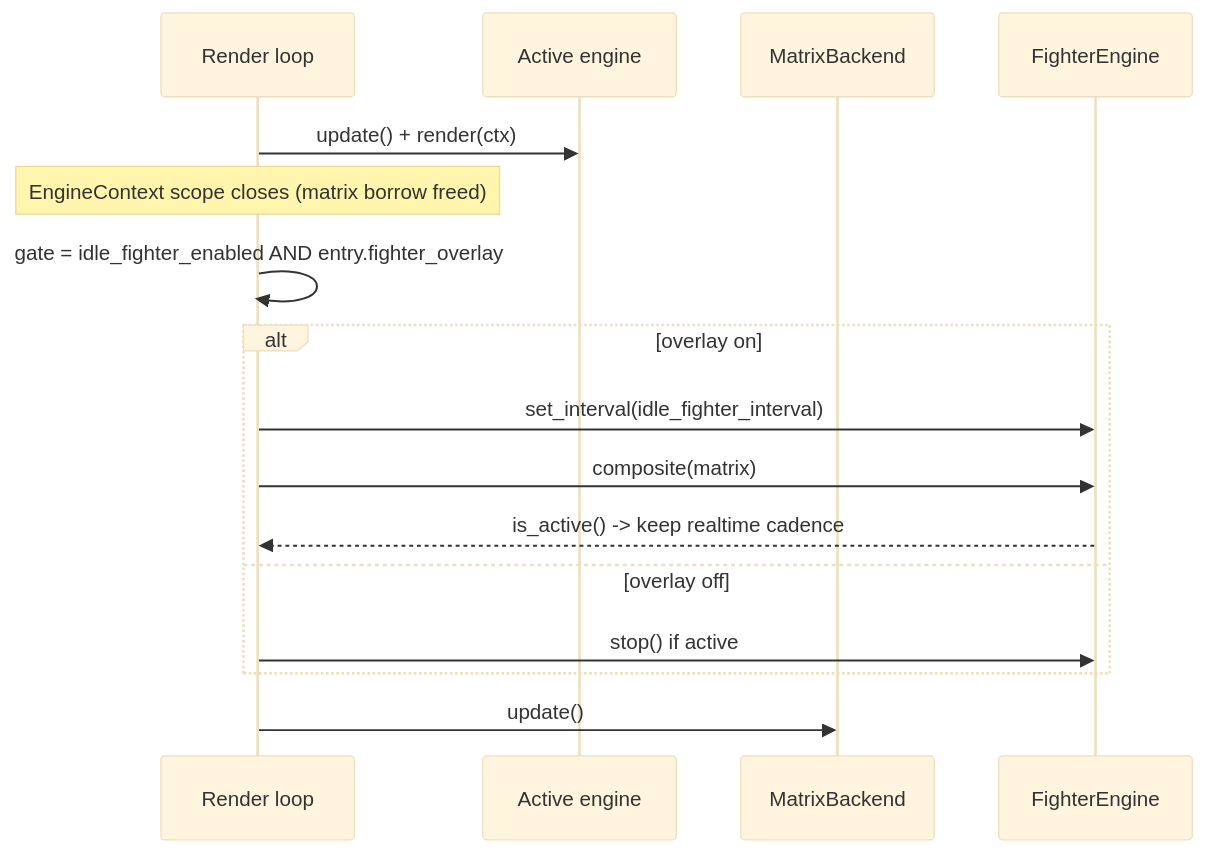
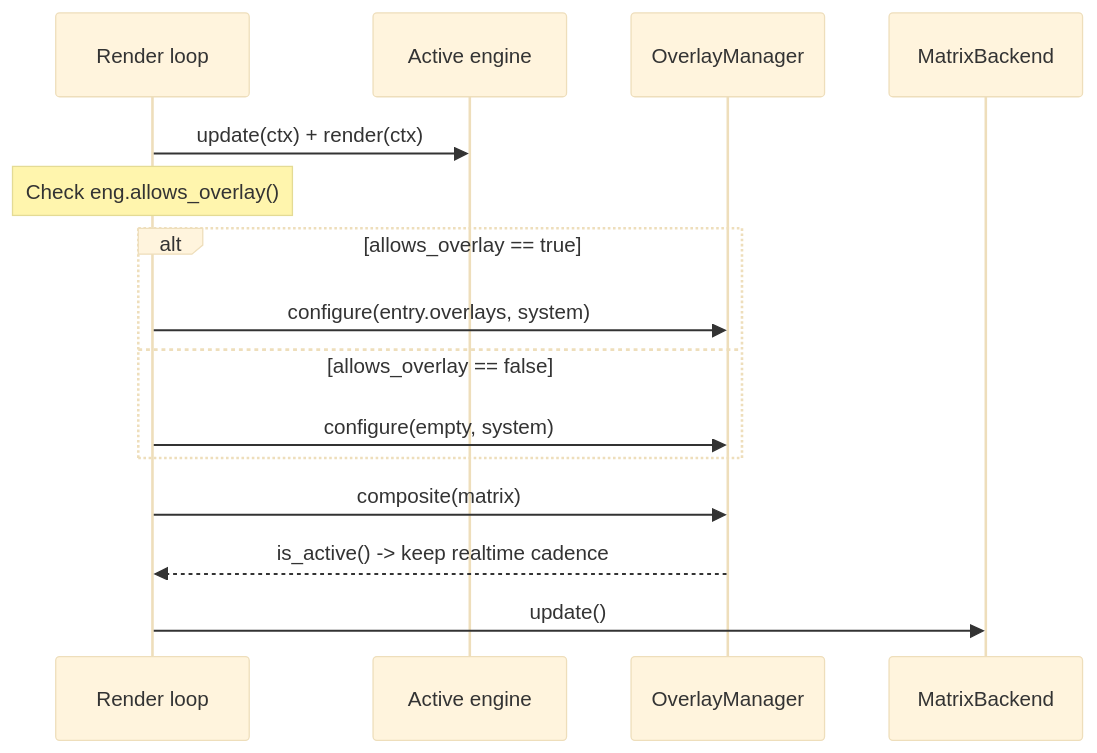
One commit to red77290/ArcadeMatrix_RPI changed diagram 13 of 14 in docs/ARCHITECTURE.md. Above: the diagram before and after it, drawn with Mermaid (base theme). The commit also changed other lines of this file and 15 other files, not shown here.

First line of the commit message:
feat(core): implement polymorphic engine interface and transverse overlay architecture

````diff
--- a/docs/ARCHITECTURE.md
+++ b/docs/ARCHITECTURE.md
@@ -556,19 +560,18 @@
 ```mermaid
 sequenceDiagram
     participant RLoop as Render loop
     participant Eng as Active engine
+    participant OM as OverlayManager
     participant MX as MatrixBackend
-    participant FE as FighterEngine
 
-    RLoop->>Eng: update() + render(ctx)
-    Note over RLoop: EngineContext scope closes (matrix borrow freed)
-    RLoop->>RLoop: gate = idle_fighter_enabled AND entry.fighter_overlay
-    alt overlay on
-        RLoop->>FE: set_interval(idle_fighter_interval)
-        RLoop->>FE: composite(matrix)
-        FE-->>RLoop: is_active() -> keep realtime cadence
-    else overlay off
-        RLoop->>FE: stop() if active
+    RLoop->>Eng: update(ctx) + render(ctx)
+    Note over RLoop: Check eng.allows_overlay()
+    alt allows_overlay == true
+        RLoop->>OM: configure(entry.overlays, system)
+    else allows_overlay == false
+        RLoop->>OM: configure(empty, system)
     end
+    RLoop->>OM: composite(matrix)
+    OM-->>RLoop: is_active() -> keep realtime cadence
     RLoop->>MX: update()
 ```
````
